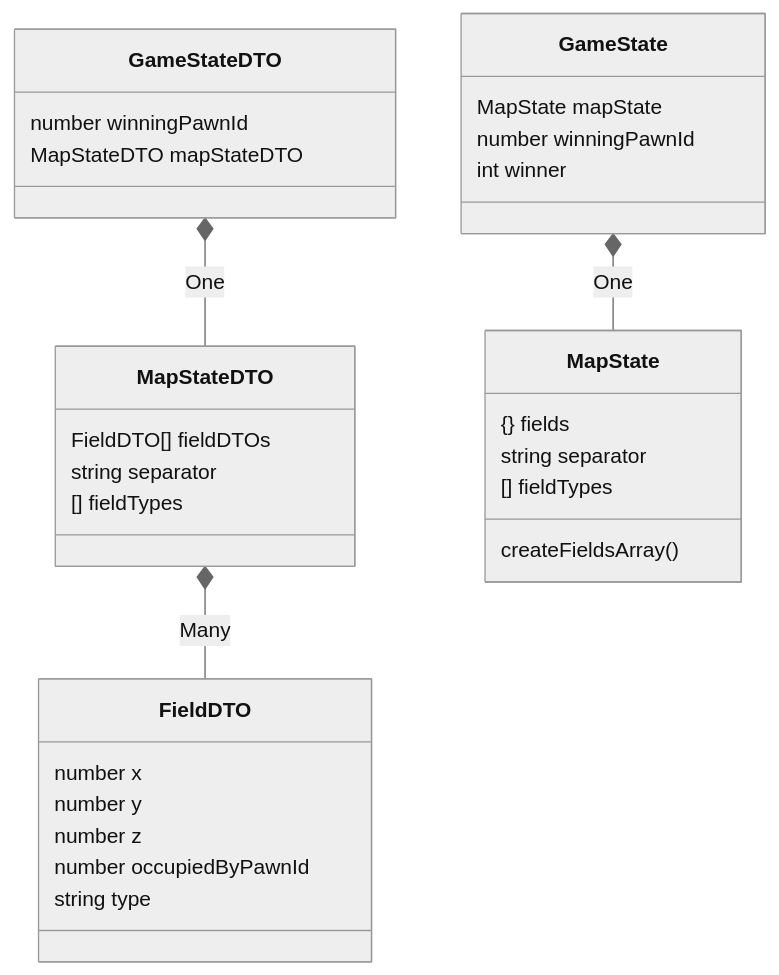
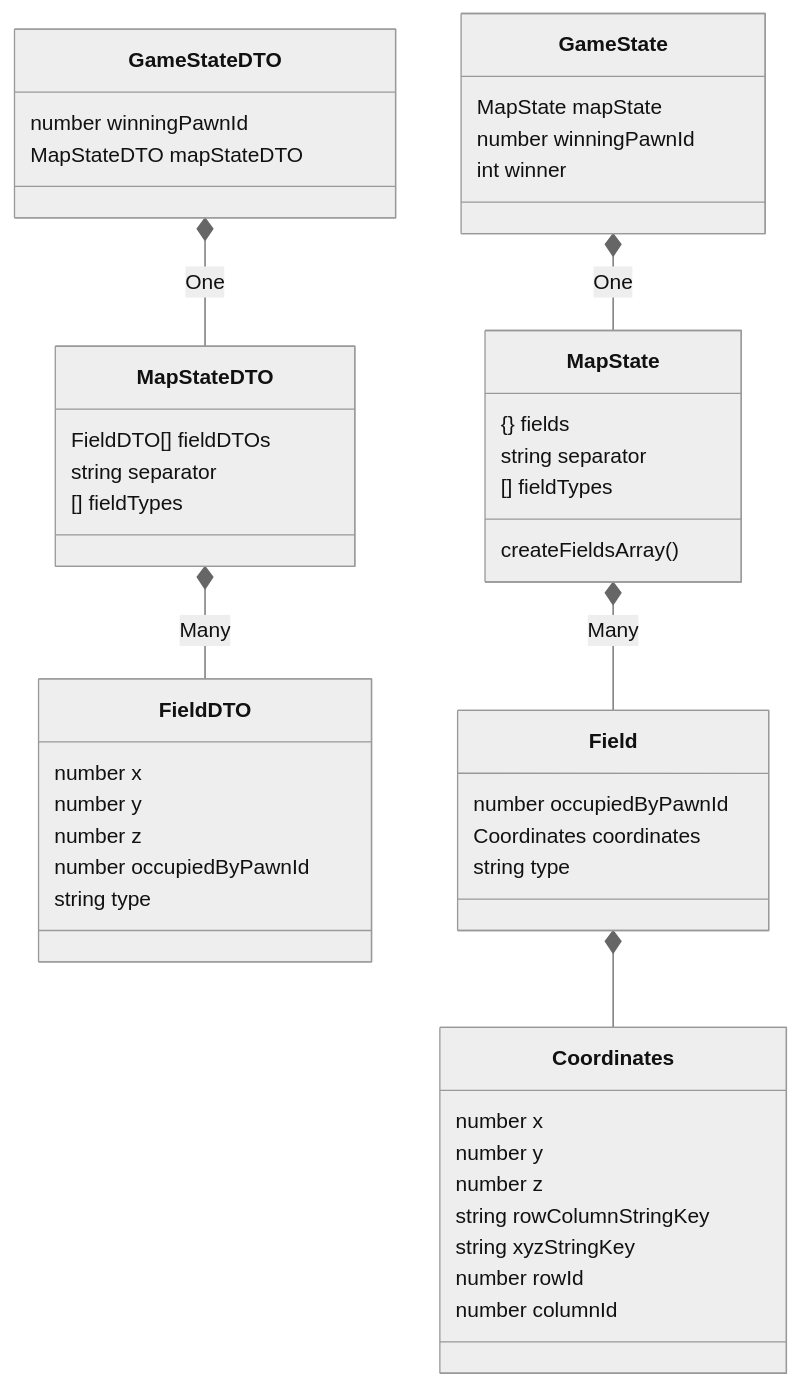
Before and after one commit to stijnlinderman/eldorado: the fourth of 8 diagrams in ARCHITECTURE.md, drawn with Mermaid (neutral theme).

````diff
--- a/ARCHITECTURE.md
+++ b/ARCHITECTURE.md
@@ -59,23 +59,35 @@
 ```mermaid
 classDiagram
 	GameStateDTO *-- MapStateDTO : One
 	GameStateDTO : number winningPawnId
 	GameStateDTO : MapStateDTO mapStateDTO
 	MapStateDTO *-- FieldDTO : Many
 	MapStateDTO : FieldDTO[] fieldDTOs
 	MapStateDTO : string separator
 	MapStateDTO : [] fieldTypes
 	FieldDTO : number x
 	FieldDTO : number y
 	FieldDTO : number z
 	FieldDTO : number occupiedByPawnId
 	FieldDTO : string type
 	GameState *-- MapState : One
 	GameState : MapState mapState
 	GameState : number winningPawnId
 	GameState : int winner
+	MapState *-- Field : Many
 	MapState : {} fields
 	MapState : string separator
 	MapState : [] fieldTypes
 	MapState : createFieldsArray()
+	Field *-- Coordinates
+	Field : number occupiedByPawnId
+	Field : Coordinates coordinates
+	Field : string type
+	Coordinates : number x
+	Coordinates : number y
+	Coordinates : number z
+	Coordinates : string rowColumnStringKey
+	Coordinates : string xyzStringKey
+	Coordinates : number rowId
+	Coordinates : number columnId
 ```
````
